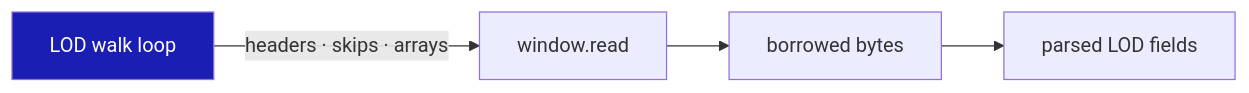
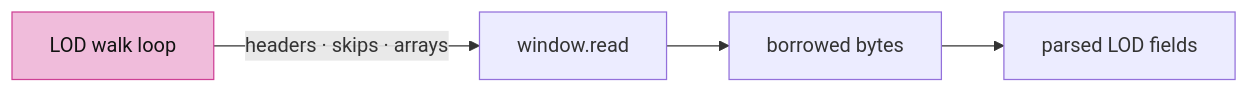
One commit to petrasvestartas/session changed the fourth of 5 diagrams in session_viewer/docs/15-publication.md. Above: the diagram before and after it, drawn with Mermaid. The commit also changed other lines of this file and 23 other files, not shown here.

Commit message:
Course: Mermaid nodes white with black text, highlighted nodes pink, white arrows and edge labels on the black ground

````diff
--- a/session_viewer/docs/15-publication.md
+++ b/session_viewer/docs/15-publication.md
@@ -54,7 +54,7 @@
 ```mermaid
 flowchart LR
     L["LOD walk loop"] -- "headers · skips · arrays" --> W["window.read"]
     W --> B["borrowed bytes"]
     B --> P["parsed LOD fields"]
-    style L fill:#1a1eb2,color:#fff
+    style L fill:#f0bcdb,stroke:#ce4095,color:#111
 ```
````
